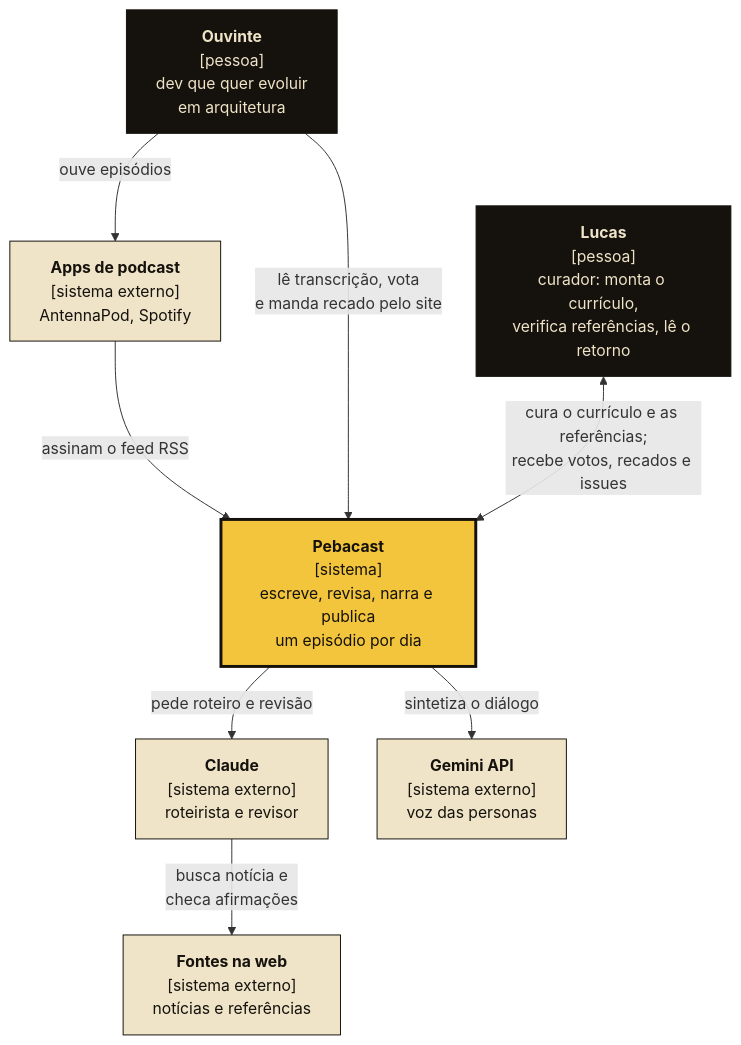
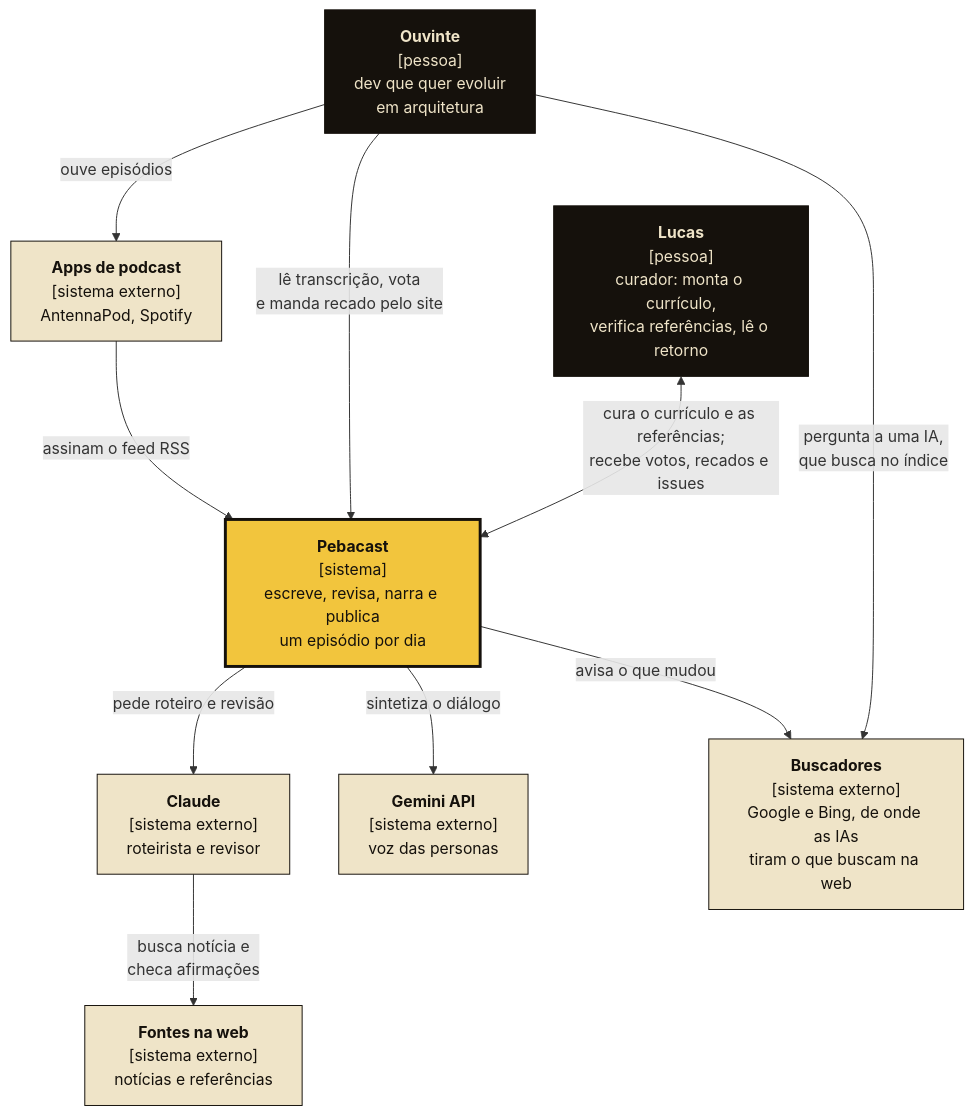
Before and after one commit to lucas-jdev/pebacast: the first of 2 diagrams in docs/c4-negocio.md, drawn with Mermaid. The commit also changed other lines of this file and 9 other files, not shown here.

First line of the commit message:
Entrar no índice do Google e do Bing: meta de verificação e IndexNow (#49)

````diff
--- a/docs/c4-negocio.md
+++ b/docs/c4-negocio.md
@@ -9,24 +9,27 @@
 ```mermaid
 flowchart TB
     classDef pessoa fill:#15110c,stroke:#15110c,color:#efe4c8
     classDef sistema fill:#f2c53d,stroke:#15110c,color:#15110c,stroke-width:3px
     classDef externo fill:#efe4c8,stroke:#15110c,color:#15110c
 
     ouvinte["<b>Ouvinte</b><br/>[pessoa]<br/>dev que quer evoluir<br/>em arquitetura"]:::pessoa
     lucas["<b>Lucas</b><br/>[pessoa]<br/>curador: monta o currículo,<br/>verifica referências, lê o retorno"]:::pessoa
 
     pebacast["<b>Pebacast</b><br/>[sistema]<br/>escreve, revisa, narra e publica<br/>um episódio por dia"]:::sistema
 
     claude["<b>Claude</b><br/>[sistema externo]<br/>roteirista e revisor"]:::externo
     noticias["<b>Fontes na web</b><br/>[sistema externo]<br/>notícias e referências"]:::externo
     gemini["<b>Gemini API</b><br/>[sistema externo]<br/>voz das personas"]:::externo
     apps["<b>Apps de podcast</b><br/>[sistema externo]<br/>AntennaPod, Spotify"]:::externo
+    buscadores["<b>Buscadores</b><br/>[sistema externo]<br/>Google e Bing, de onde as IAs<br/>tiram o que buscam na web"]:::externo
 
     ouvinte -- "ouve episódios" --> apps
     apps -- "assinam o feed RSS" --> pebacast
     ouvinte -- "lê transcrição, vota<br/>e manda recado pelo site" --> pebacast
     lucas <-- "cura o currículo e as referências;<br/>recebe votos, recados e issues" --> pebacast
     pebacast -- "pede roteiro e revisão" --> claude
     claude -- "busca notícia e<br/>checa afirmações" --> noticias
     pebacast -- "sintetiza o diálogo" --> gemini
+    pebacast -- "avisa o que mudou" --> buscadores
+    ouvinte -- "pergunta a uma IA,<br/>que busca no índice" --> buscadores
 ```
````
